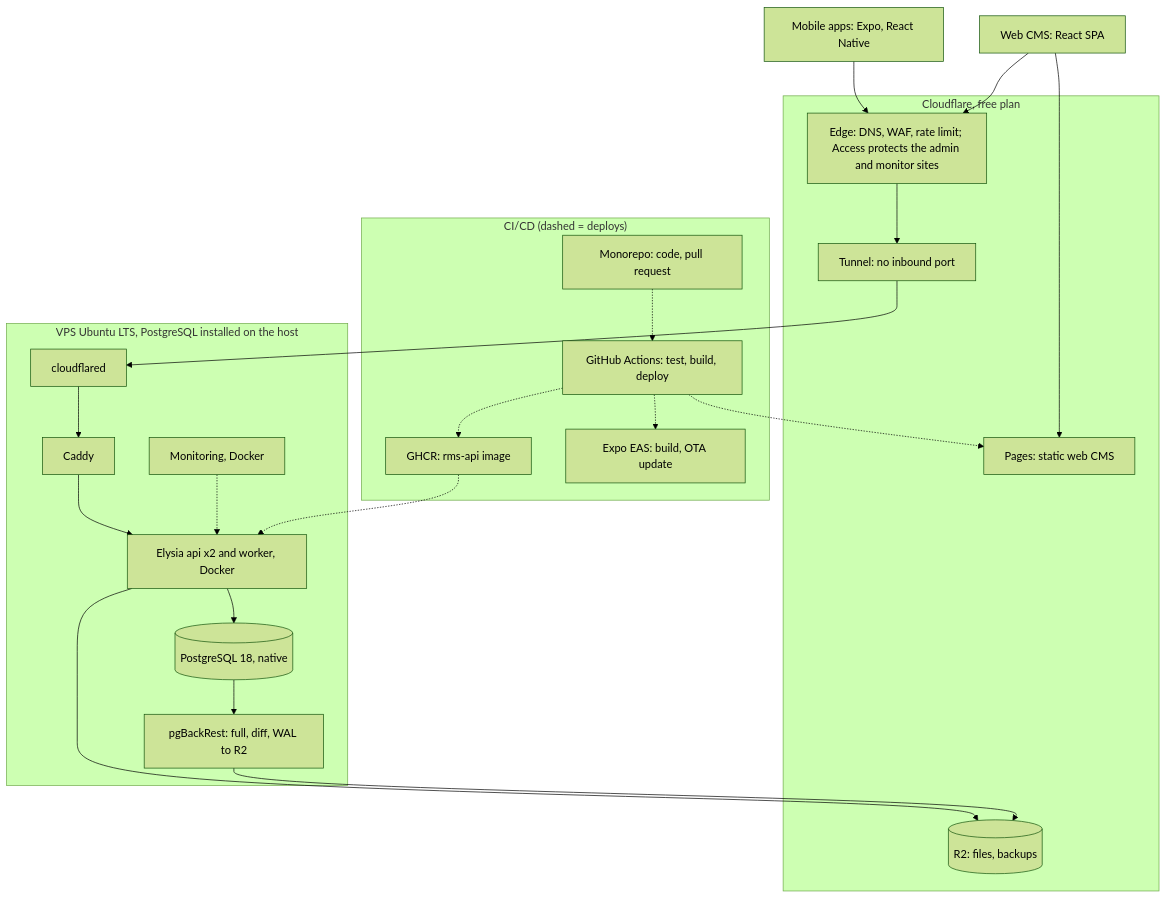
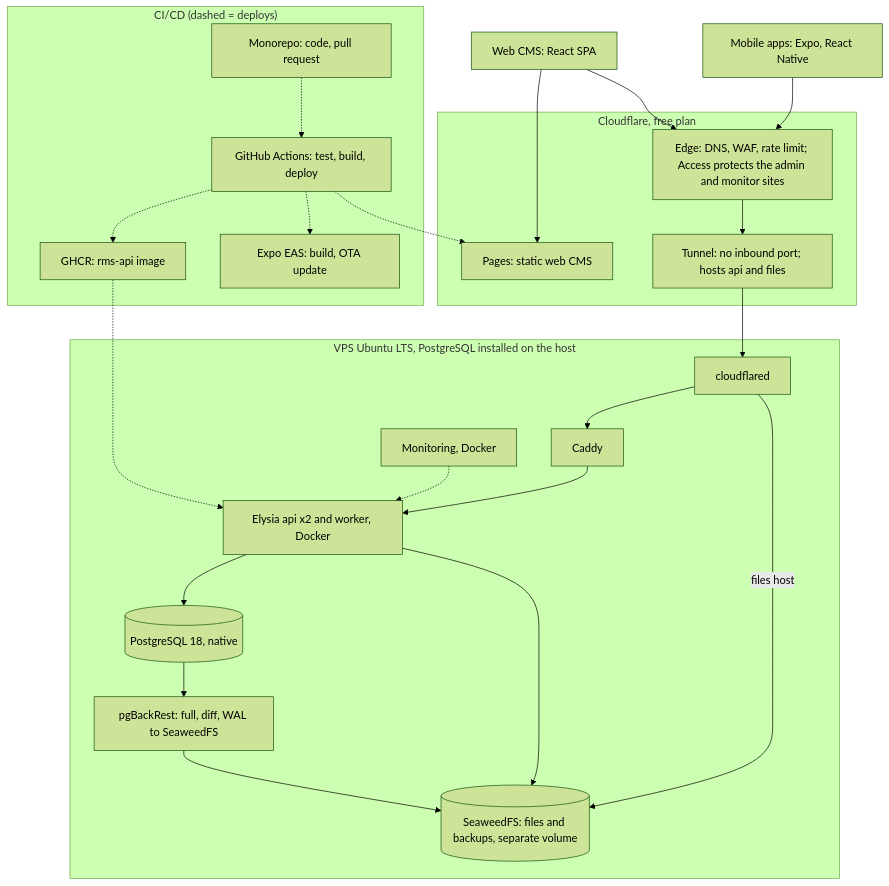
The third of 5 diagrams in docs/03-architecture/system-context-and-containers.md (ninggiangboy/residential-management-system), drawn with Mermaid (forest theme) before and after one commit. The commit also changed other lines of this file and 38 other files, not shown here.

````diff
--- a/docs/03-architecture/system-context-and-containers.md
+++ b/docs/03-architecture/system-context-and-containers.md
@@ -153,33 +155,34 @@
 ```mermaid
 flowchart TB
   subgraph CICD["CI/CD (dashed = deploys)"]
     MONO["Monorepo: code, pull request"] -.-> GHA["GitHub Actions: test, build, deploy"]
     GHA -.-> GHCR["GHCR: rms-api image"]
     GHA -.-> EAS["Expo EAS: build, OTA update"]
   end
   MOB["Mobile apps: Expo, React Native"] --> EDGE
   WEB["Web CMS: React SPA"] --> PAGES
   WEB --> EDGE
   GHA -.-> PAGES
   subgraph CF["Cloudflare, free plan"]
     PAGES["Pages: static web CMS"]
     EDGE["Edge: DNS, WAF, rate limit; Access protects the admin and monitor sites"]
-    TUN["Tunnel: no inbound port"]
-    R2[("R2: files, backups")]
+    TUN["Tunnel: no inbound port; hosts api and files"]
     EDGE --> TUN
   end
   subgraph VPS["VPS Ubuntu LTS, PostgreSQL installed on the host"]
     CFD["cloudflared"]
     CADDY["Caddy"]
     APP["Elysia api x2 and worker, Docker"]
     MON["Monitoring, Docker"]
     PG[("PostgreSQL 18, native")]
-    PGB["pgBackRest: full, diff, WAL to R2"]
+    SWF[("SeaweedFS: files and backups, separate volume")]
+    PGB["pgBackRest: full, diff, WAL to SeaweedFS"]
     CFD --> CADDY --> APP --> PG --> PGB
+    CFD -- "files host" --> SWF
     MON -.-> APP
   end
   TUN --> CFD
-  APP --> R2
-  PGB --> R2
+  APP --> SWF
+  PGB --> SWF
   GHCR -.-> APP
 ```
````
